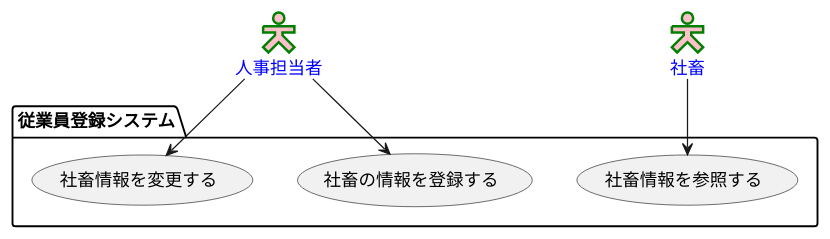
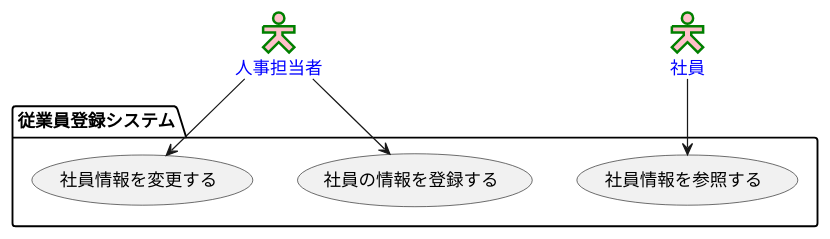
Before and after one commit to fevertodori/uml-introduction: the diagram in 演習2-6_盛岡システム_従業員登録システム.pu, drawn with PlantUML.

```diff
--- a/演習2-6_盛岡システム_従業員登録システム.pu
+++ b/演習2-6_盛岡システム_従業員登録システム.pu
@@ -1,15 +1,15 @@
 @startuml ユースケース図
 ' left to right direction
 skinparam actorStyle Hollow
 actor 人事担当者 #pink;line:red;line.bold;text:blue;line:green;line.bold;
-actor 社畜 #pink;line:red;line.bold;text:blue;line:green;line.bold;
+actor 社員 #pink;line:red;line.bold;text:blue;line:green;line.bold;
 package 従業員登録システム {
-usecase 社畜の情報を登録する as T
-usecase 社畜情報を参照する as K
-usecase 社畜情報を変更する as H
+usecase 社員の情報を登録する as T
+usecase 社員情報を参照する as K
+usecase 社員情報を変更する as H
 }
-社畜 --> K
+社員 --> K
 人事担当者 --> H
 人事担当者 --> T
 
 @enduml
```
